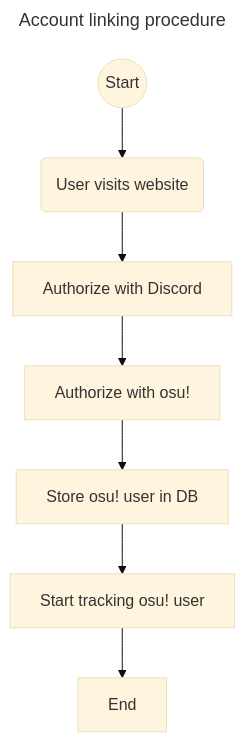
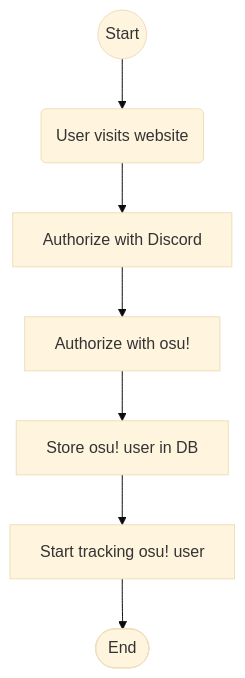
The third of 3 diagrams in docs/VerificationProcedure.md (Pasi4K5/numerous), drawn with Mermaid (base theme) before and after one commit. The commit also changed other lines of this file, not shown here.

Commit message:
Fix flowcharts

````diff
--- a/docs/VerificationProcedure.md
+++ b/docs/VerificationProcedure.md
@@ -34,12 +38,9 @@
 ```mermaid
----
-title: Account linking procedure
----
 flowchart TD;
     s(("Start")) --> web("User visits website")
     web --> authDiscord["Authorize with Discord"]
     authDiscord --> authOsu["Authorize with osu!"]
     authOsu --> storeDb["Store osu! user in DB"]
     storeDb --> track["Start tracking osu! user"]
-    track --> end1["End"]
+    track --> end1(["End"])
 ```
````
